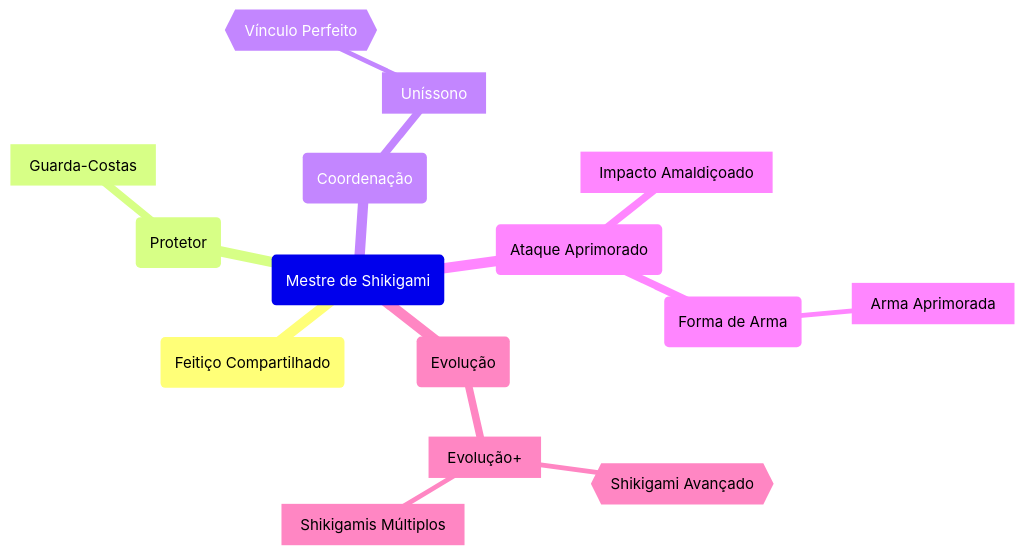
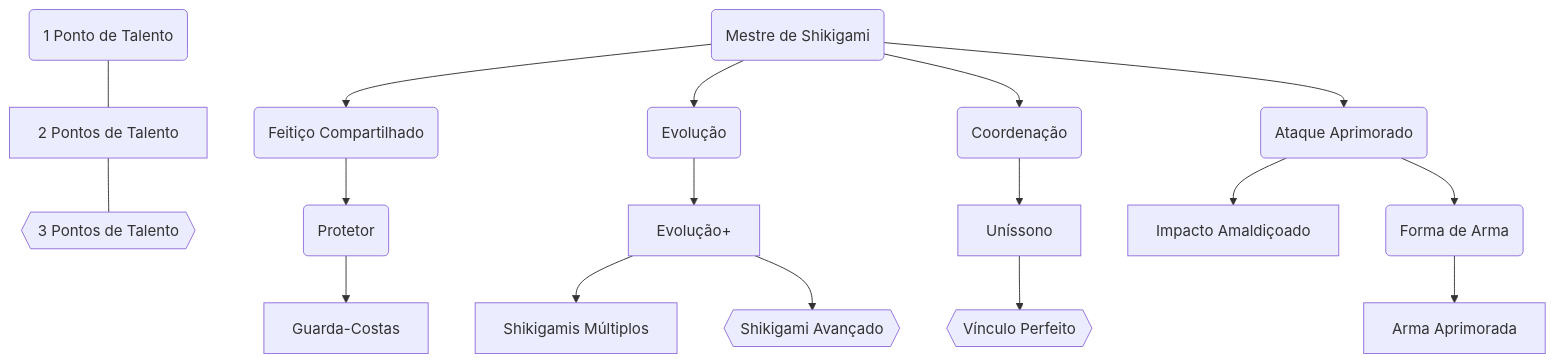
One commit to LuanSilveiraSouza/dnd-5e-jjk-suplement changed the diagram in content/Talentos/Shikigami.md. Above: the diagram before and after it, drawn with Mermaid. The commit also changed 27 other files, not shown here.

````diff
--- a/content/Talentos/Shikigami.md
+++ b/content/Talentos/Shikigami.md
@@ -2,18 +1,38 @@
 ```mermaid
-mindmap
-(Mestre de Shikigami)
-	(Feitiço Compartilhado)
-	(Protetor)
-		[Guarda-Costas]
-	(Coordenação)
-		[Uníssono]
-			{{Vínculo Perfeito}}
-	(Ataque Aprimorado)
-		[Impacto Amaldiçoado]
-		(Forma de Arma)
-			[Arma Aprimorada]
-	(Evolução)
-		[Evolução+]
-			{{Shikigami Avançado}}
-			[Shikigamis Múltiplos]
+flowchart TD
+id90(1 Ponto de Talento)
+id91[2 Pontos de Talento]
+id92{{3 Pontos de Talento}}
+id90 --- id91
+id91 --- id92
+
+id1(Mestre de Shikigami)
+id2(Feitiço Compartilhado)
+id11(Protetor)
+id12[Guarda-Costas]
+id21(Evolução)
+id22[Evolução+]
+id23[Shikigamis Múltiplos]
+id24{{Shikigami Avançado}}
+id31(Coordenação)
+id32[Uníssono]
+id33{{Vínculo Perfeito}}
+id41(Ataque Aprimorado)
+id42[Impacto Amaldiçoado]
+id43(Forma de Arma)
+id44[Arma Aprimorada]
+id1 --> id2
+id2 --> id11
+id11 --> id12
+id1 --> id21
+id21 --> id22
+id22 --> id23
+id22 --> id24
+id1 --> id31
+id31 --> id32
+id32 --> id33
+id1 --> id41
+id41 --> id42
+id41 --> id43
+id43 --> id44
 ```
````
